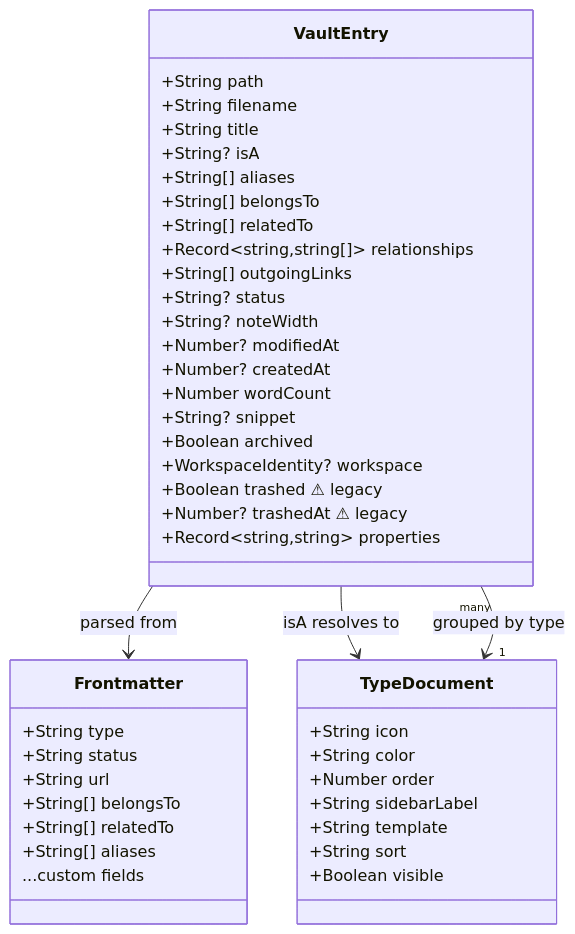
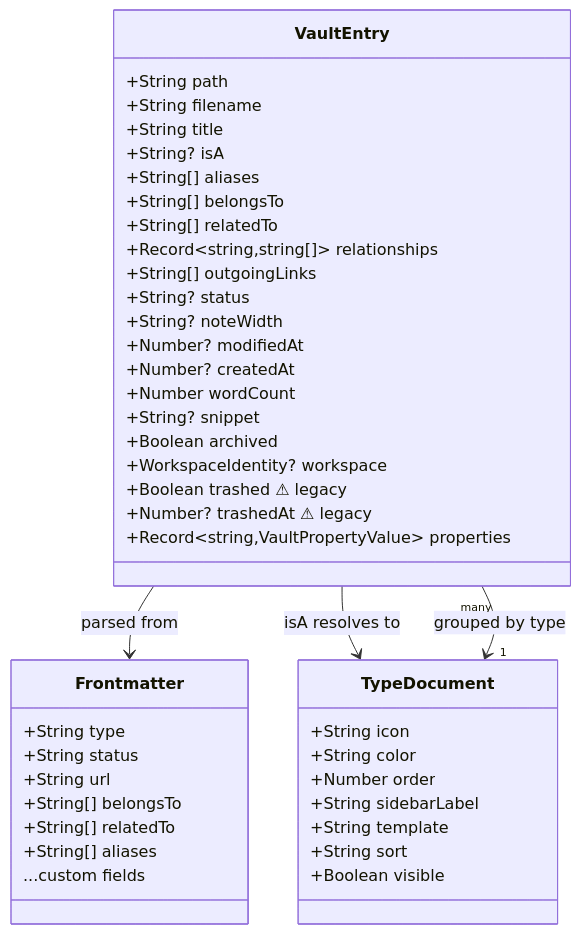
The first of 3 diagrams in docs/ABSTRACTIONS.md (aimeritething/Fuwa), drawn with Mermaid before and after one commit. The commit also changed other lines of this file and 18 other files, not shown here.

````diff
--- a/docs/ABSTRACTIONS.md
+++ b/docs/ABSTRACTIONS.md
@@ -78,49 +78,49 @@
 ```mermaid
 classDiagram
     class VaultEntry {
         +String path
         +String filename
         +String title
         +String? isA
         +String[] aliases
         +String[] belongsTo
         +String[] relatedTo
         +Record~string,string[]~ relationships
         +String[] outgoingLinks
         +String? status
         +String? noteWidth
         +Number? modifiedAt
         +Number? createdAt
         +Number wordCount
         +String? snippet
         +Boolean archived
         +WorkspaceIdentity? workspace
         +Boolean trashed ⚠ legacy
         +Number? trashedAt ⚠ legacy
-        +Record~string,string~ properties
+        +Record~string,VaultPropertyValue~ properties
     }
 
     class TypeDocument {
         +String icon
         +String color
         +Number order
         +String sidebarLabel
         +String template
         +String sort
         +Boolean visible
     }
 
     class Frontmatter {
         +String type
         +String status
         +String url
         +String[] belongsTo
         +String[] relatedTo
         +String[] aliases
         ...custom fields
     }
 
     VaultEntry --> Frontmatter : parsed from
     VaultEntry --> TypeDocument : isA resolves to
     VaultEntry "many" --> "1" TypeDocument : grouped by type
 ```
````
